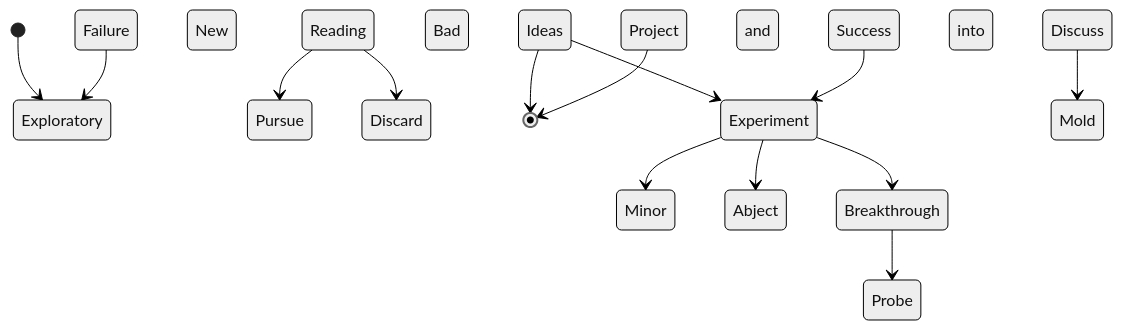
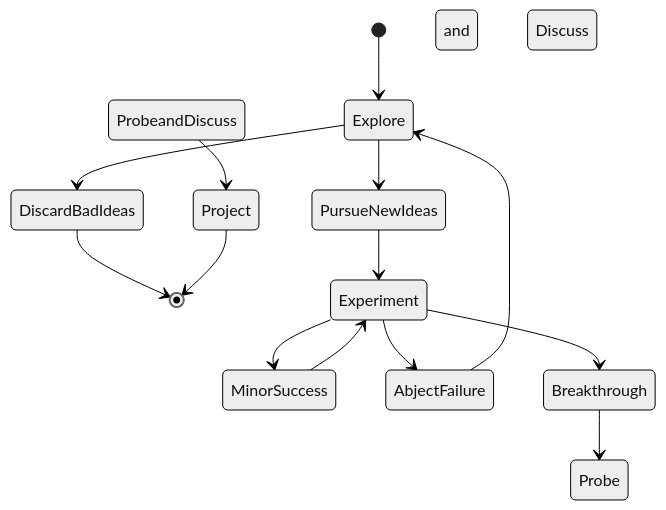
Before and after one commit to feloundou/personal-page: the first of 2 diagrams in content/post/my-first-post.md, drawn with Mermaid (neutral theme). The commit also changed other lines of this file, not shown here.

````diff
--- a/content/post/my-first-post.md
+++ b/content/post/my-first-post.md
@@ -12,18 +12,18 @@
 ```mermaid
 stateDiagram
-[*] --> Exploratory Reading
-Exploratory Reading --> Pursue New Ideas
-Exploratory Reading --> Discard Bad Ideas
-Discard Bad Ideas --> [*]
-Pursue New Ideas --> Experiment
-Experiment --> Minor Success
-Experiment --> Abject Failure
+[*] --> Explore
+Explore --> PursueNewIdeas
+Explore --> DiscardBadIdeas
+DiscardBadIdeas --> [*]
+PursueNewIdeas --> Experiment
+Experiment --> MinorSuccess
+Experiment --> AbjectFailure
 Experiment --> Breakthrough
-Abject Failure --> Exploratory Reading
-Minor Success --> Experiment
+AbjectFailure --> Explore
+MinorSuccess --> Experiment
 Breakthrough --> Probe and Discuss
-Probe and Discuss --> Mold into Project
-Mold into Project --> [*]
+ProbeandDiscuss --> Project
+Project --> [*]
 
 
 ```
````
